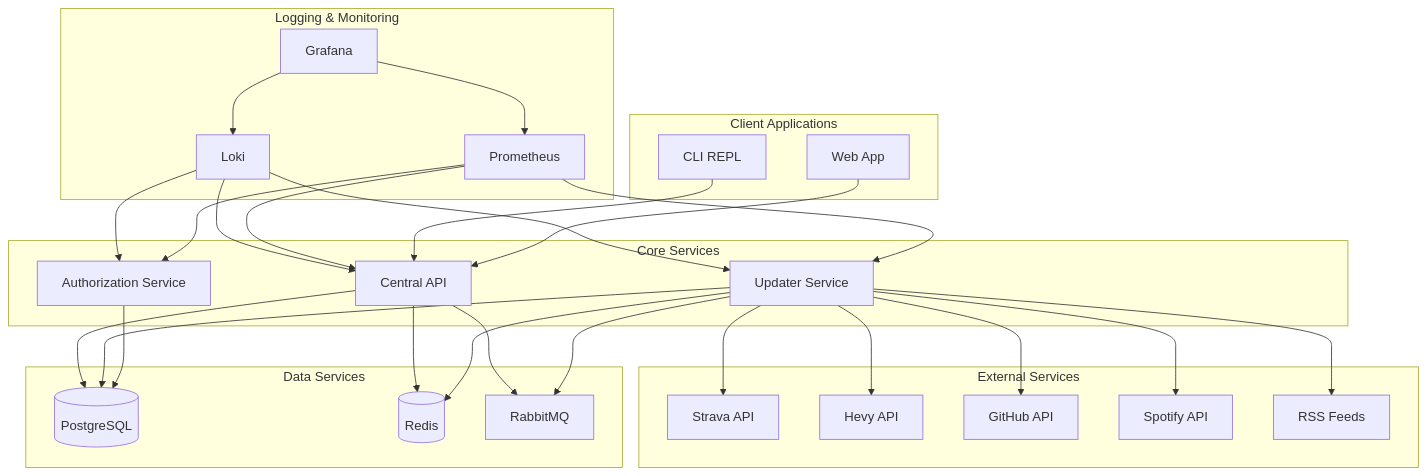
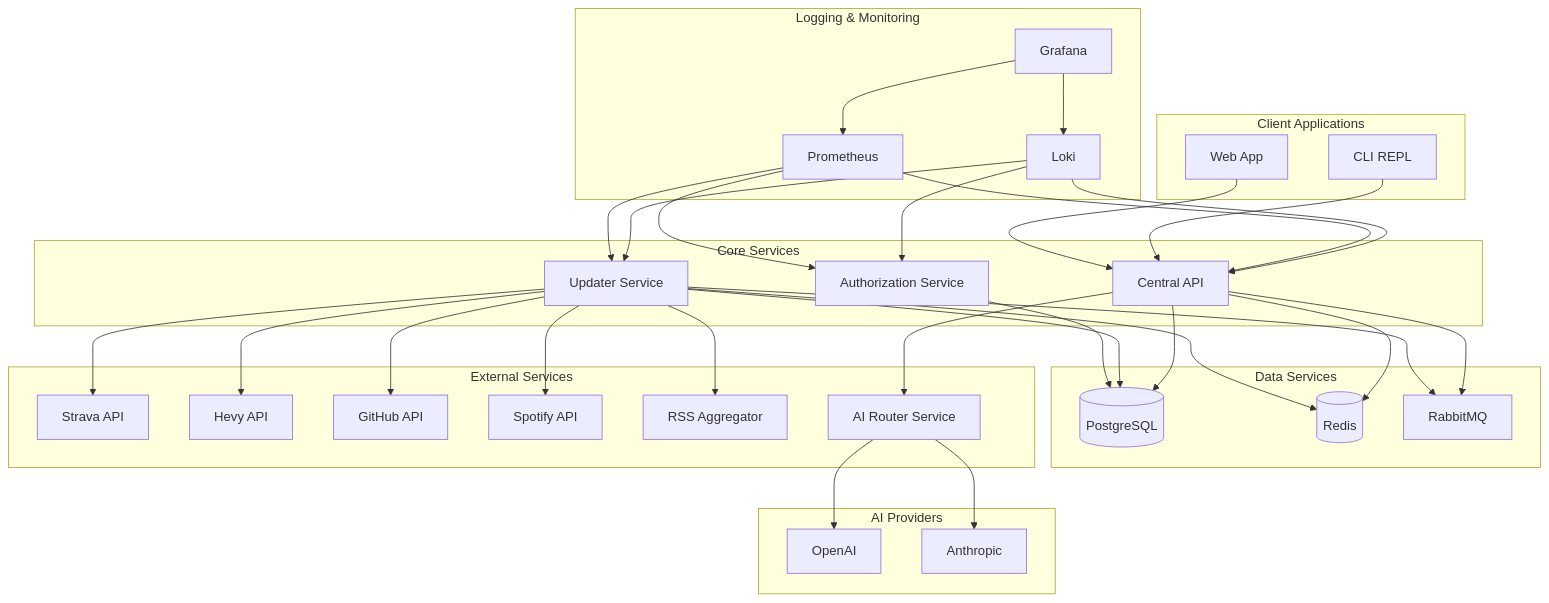
The diagram in docs/service_architecture/service_architecture.mmd (Lutefd/Lorch), drawn with Mermaid before and after one commit. The commit also changed 1 other file, not shown here.

Commit message:
docs(diagrams): update with ai router service

```diff
--- a/docs/service_architecture/service_architecture.mmd
+++ b/docs/service_architecture/service_architecture.mmd
@@ -1,57 +1,66 @@
 graph TD
     subgraph "Data Services"
         DB[(PostgreSQL)]
         CACHE[(Redis)]
         MQ[RabbitMQ]
     end
 
     subgraph "Core Services"
         AUTH[Authorization Service]
         UPDATER[Updater Service]
         API[Central API]
     end
 
     subgraph "Client Applications"
         WEB[Web App]
         CLI[CLI REPL]
     end
 
     subgraph "Logging & Monitoring"
         PROM[Prometheus]
         LOKI[Loki]
         GRAFANA[Grafana]
     end
 
     subgraph "External Services"
         STRAVA[Strava API]
         HEVY[Hevy API]
         GITHUB[GitHub API]
         SPOTIFY[Spotify API]
-        RSS[RSS Feeds]
+        RSS[RSS Aggregator]
+        AI_ROUTER[AI Router Service]
+    end
+
+    subgraph "AI Providers"
+        OPENAI[OpenAI]
+        ANTHROPIC[Anthropic]
     end
 
     AUTH --> DB
     UPDATER --> DB
     UPDATER --> CACHE
     API --> DB
     API --> CACHE
     WEB --> API
     CLI --> API
+    API --> AI_ROUTER
+    AI_ROUTER --> OPENAI
+    AI_ROUTER --> ANTHROPIC
 
     UPDATER --> MQ
     API --> MQ
 
     UPDATER --> STRAVA
     UPDATER --> HEVY
     UPDATER --> GITHUB
     UPDATER --> SPOTIFY
     UPDATER --> RSS
 
     PROM --> AUTH
     PROM --> UPDATER
     PROM --> API
     LOKI --> AUTH
     LOKI --> UPDATER
     LOKI --> API
     GRAFANA --> PROM
     GRAFANA --> LOKI
```
